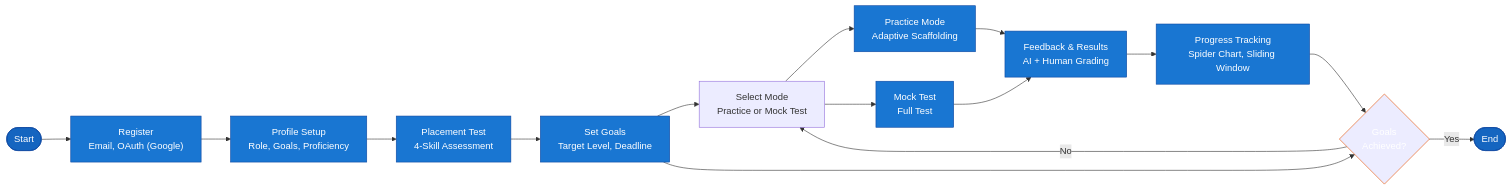
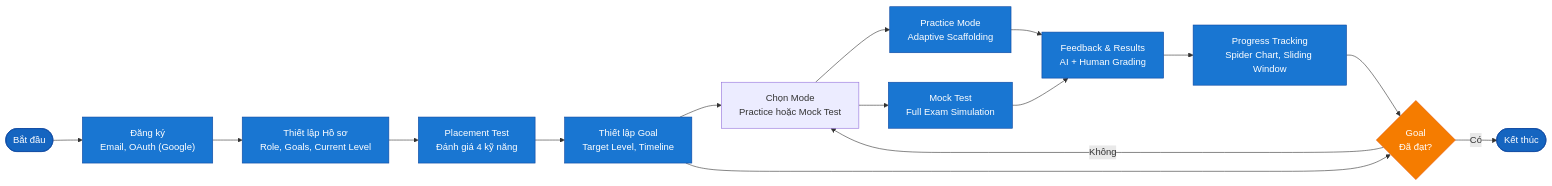
Before and after one commit to nghyane/VSTEP: the second of 8 diagrams in docs/capstone/diagrams/flow-diagrams.vi.md, drawn with Mermaid. The commit also changed other lines of this file, not shown here.

First line of the commit message:
docs: fix Vietnamese flow diagrams to proper Vietnamese language

````diff
--- a/docs/capstone/diagrams/flow-diagrams.vi.md
+++ b/docs/capstone/diagrams/flow-diagrams.vi.md
@@ -82,39 +82,39 @@
 ```mermaid
 flowchart LR
-    Start(["Start"])
-    Reg["Register<br/>Email, OAuth (Google)"]
-    Profile["Profile Setup<br/>Role, Goals, Proficiency"]
-    Placement["Placement Test<br/>4-Skill Assessment"]
-    Select["Select Mode<br/>Practice or Mock Test"]
+    Start(["Bắt đầu"])
+    Reg["Đăng ký<br/>Email, OAuth (Google)"]
+    Profile["Thiết lập Hồ sơ<br/>Role, Goals, Current Level"]
+    Placement["Placement Test<br/>Đánh giá 4 kỹ năng"]
+    Select["Chọn Mode<br/>Practice hoặc Mock Test"]
     Practice["Practice Mode<br/>Adaptive Scaffolding"]
-    Mock["Mock Test<br/>Full Test"]
+    Mock["Mock Test<br/>Full Exam Simulation"]
     Feedback["Feedback & Results<br/>AI + Human Grading"]
     Progress["Progress Tracking<br/>Spider Chart, Sliding Window"]
-    GoalCheck{"Goals<br/>Achieved?"}
-    GoalSet["Set Goals<br/>Target Level, Deadline"]
-    End(["End"])
+    GoalCheck{"Goal<br/>Đã đạt?"}
+    GoalSet["Thiết lập Goal<br/>Target Level, Timeline"]
+    End(["Kết thúc"])
 
     Start --> Reg
     Reg --> Profile
     Profile --> Placement
     Placement --> GoalSet
     GoalSet --> Select
     Select --> Practice
     Select --> Mock
     Practice --> Feedback
     Mock --> Feedback
     Feedback --> Progress
     Progress --> GoalCheck
     GoalSet --> GoalCheck
-    GoalCheck -->|No| Select
-    GoalCheck -->|Yes| End
+    GoalCheck -->|Không| Select
+    GoalCheck -->|Có| End
 
     classDef start fill:#1565c0,stroke:#0d47a1,color:#fff
     classDef process fill:#1976d2,stroke:#0d47a1,color:#fff
-    classDef decision fill:#f57c0,stroke:#e65100,color:#fff
+    classDef decision fill:#f57c00,stroke:#e65100,color:#fff
     classDef outcome fill:#7b1fa2,stroke:#4a148c,color:#fff
 
     class Start,End start
     class Reg,Profile,Placement,Practice,Mock,Feedback,Progress,GoalSet process
     class GoalCheck decision
 ```
````
